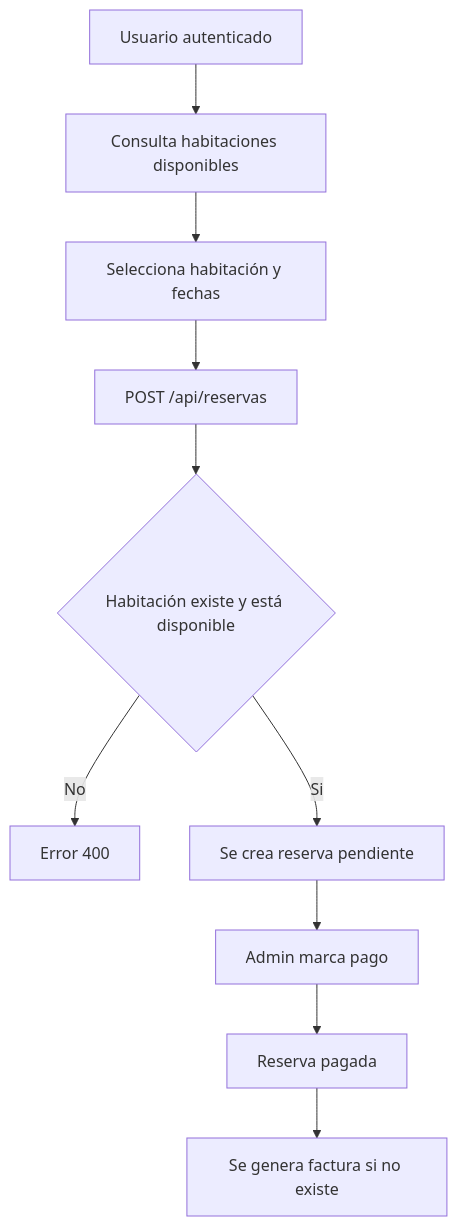
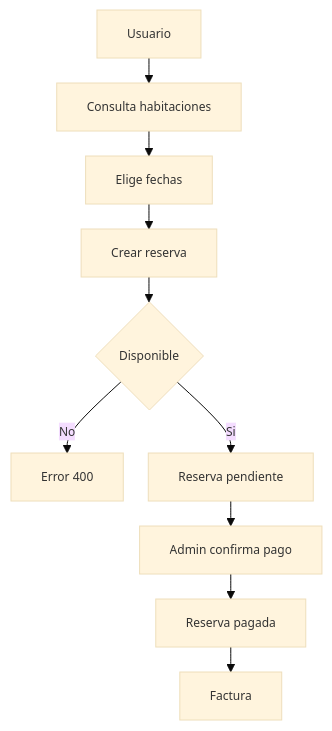
One commit to AndresEncalada/sistema-reserva-hoteles changed the fourth of 4 diagrams in INFORME.md. Above: the diagram before and after it, drawn with Mermaid. The commit also changed other lines of this file, not shown here.

Commit message:
docs: compact diagrams for A4 export

````diff
--- a/INFORME.md
+++ b/INFORME.md
@@ -339,12 +342,13 @@
 ```mermaid
+%%{init: {"theme": "base", "themeVariables": {"fontSize": "12px"}, "flowchart": {"nodeSpacing": 25, "rankSpacing": 25}}}%%
 flowchart TD
-    A[Usuario autenticado] --> B[Consulta habitaciones disponibles]
-    B --> C[Selecciona habitación y fechas]
-    C --> D[POST /api/reservas]
-    D --> E{Habitación existe y está disponible}
+    A[Usuario] --> B[Consulta habitaciones]
+    B --> C[Elige fechas]
+    C --> D[Crear reserva]
+    D --> E{Disponible}
     E -- No --> F[Error 400]
-    E -- Si --> G[Se crea reserva pendiente]
-    G --> H[Admin marca pago]
+    E -- Si --> G[Reserva pendiente]
+    G --> H[Admin confirma pago]
     H --> I[Reserva pagada]
-    I --> J[Se genera factura si no existe]
+    I --> J[Factura]
 ```
````
